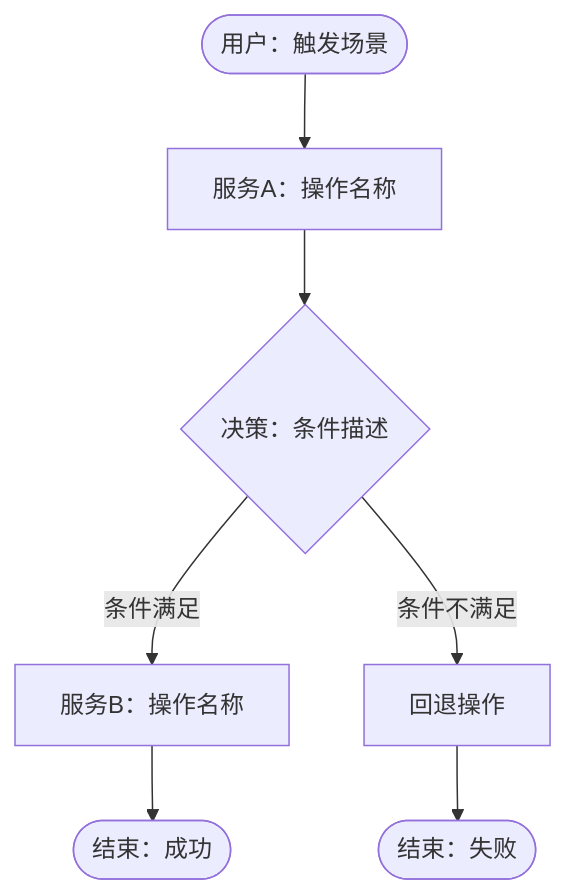
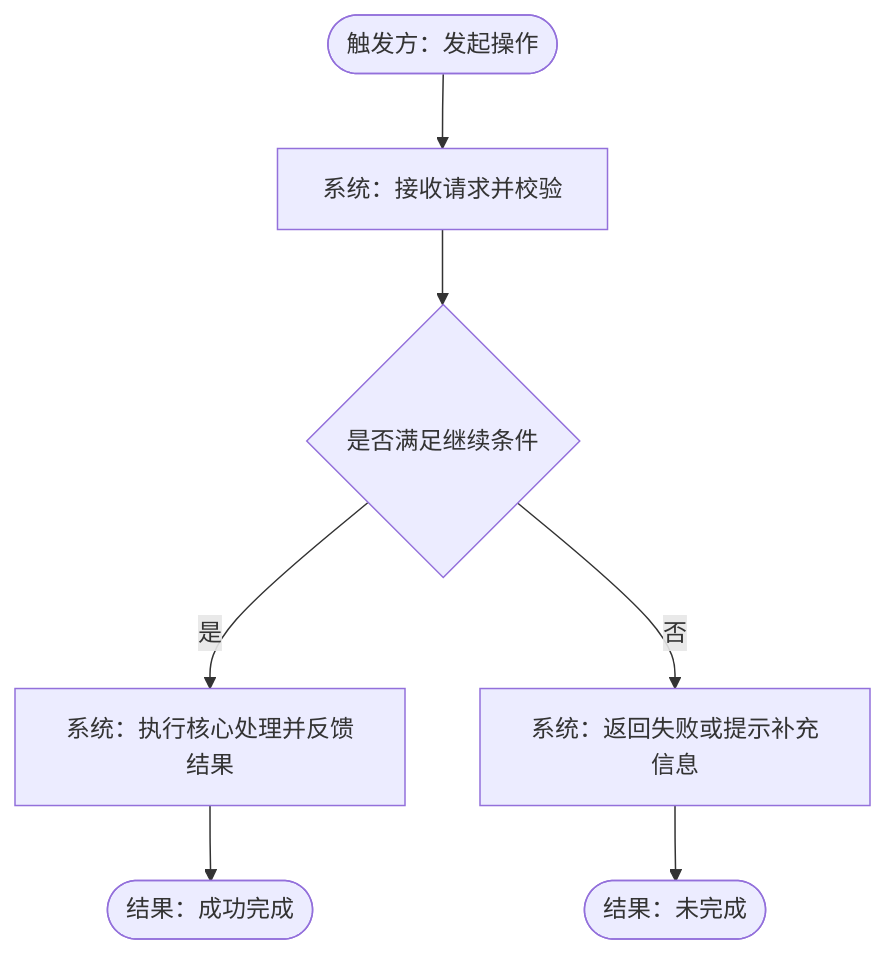
Before and after one commit to devcodex-labs/devcodex: the diagram in prompts/requirement.prompt.md, drawn with Mermaid. The commit also changed other lines of this file and 22 other files, not shown here.

````diff
--- a/prompts/requirement.prompt.md
+++ b/prompts/requirement.prompt.md
@@ -47,9 +49,9 @@
 ```mermaid
 flowchart TD
-    N1([用户：触发场景]) --> N2[服务A：操作名称]
-    N2 --> N3{决策：条件描述}
-    N3 -- 条件满足 --> N4[服务B：操作名称]
-    N3 -- 条件不满足 --> N5[回退操作]
-    N4 --> N6([结束：成功])
-    N5 --> N7([结束：失败])
+    N1([触发方：发起操作]) --> N2[系统：接收请求并校验]
+    N2 --> N3{是否满足继续条件}
+    N3 -- 是 --> N4[系统：执行核心处理并反馈结果]
+    N3 -- 否 --> N5[系统：返回失败或提示补充信息]
+    N4 --> N6([结果：成功完成])
+    N5 --> N7([结果：未完成])
 ```
````
